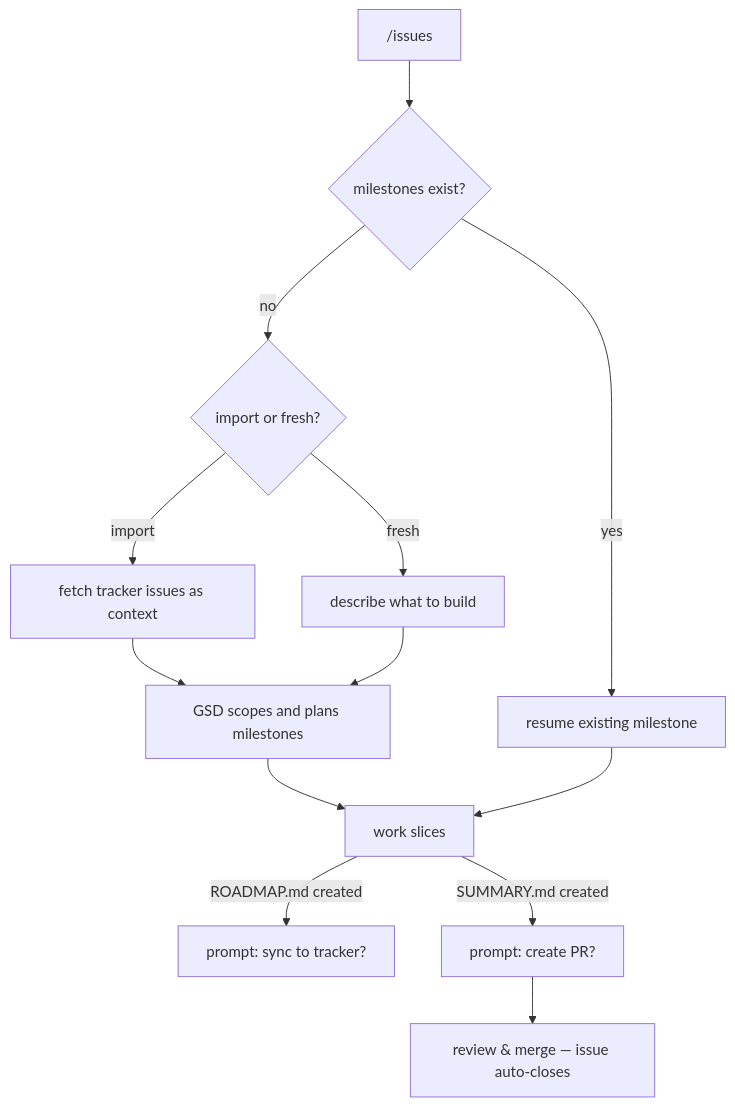
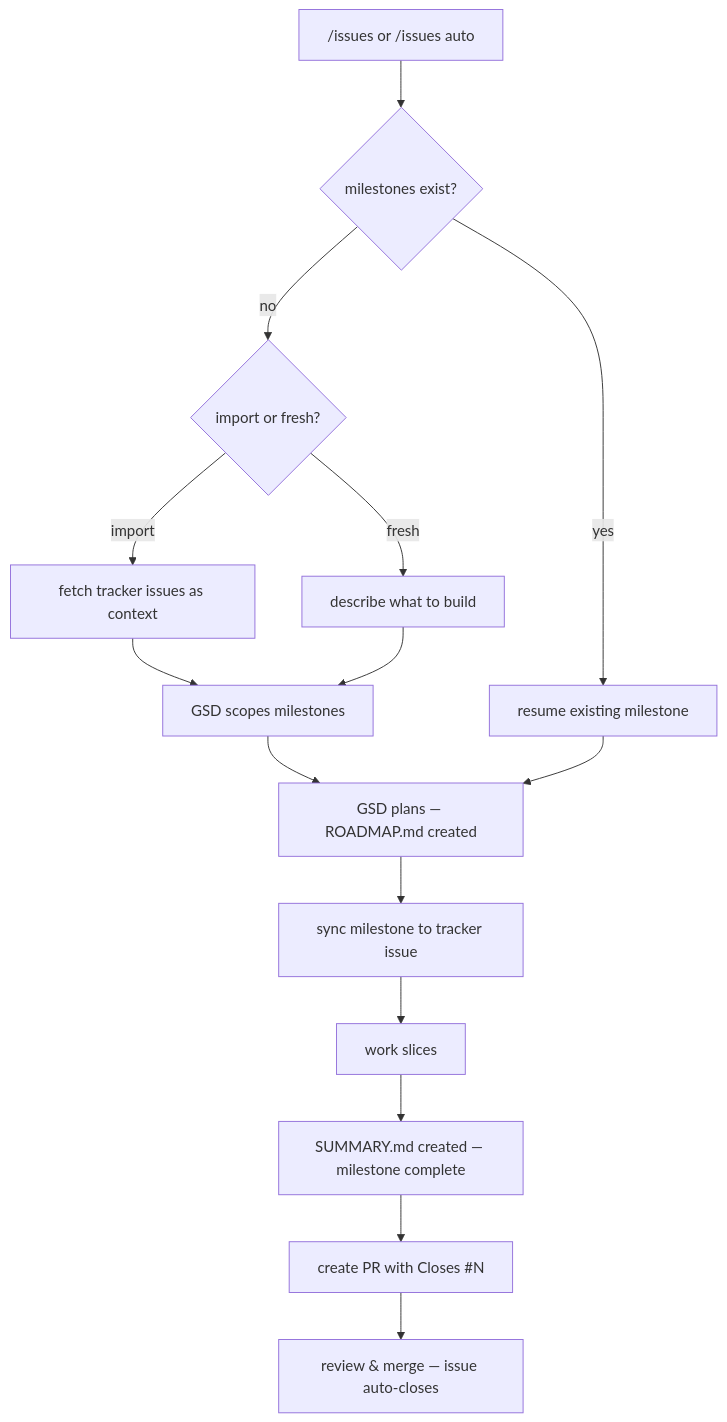
The diagram in README.md (casimp/gsd-issues), drawn with Mermaid before and after one commit. The commit also changed other lines of this file, not shown here.

First line of the commit message:
docs: unify workflow diagrams into single flow

````diff
--- a/README.md
+++ b/README.md
@@ -29,15 +21,17 @@
 ```mermaid
 flowchart TD
-    A["/issues"] --> B{milestones exist?}
+    A["/issues or /issues auto"] --> B{milestones exist?}
     B -- no --> C{import or fresh?}
     C -- import --> D[fetch tracker issues as context]
     C -- fresh --> E[describe what to build]
-    D --> F[GSD scopes and plans milestones]
+    D --> F[GSD scopes milestones]
     E --> F
     B -- yes --> G[resume existing milestone]
-    F --> H[work slices]
+    F --> H[GSD plans — ROADMAP.md created]
     G --> H
-    H -- ROADMAP.md created --> I["prompt: sync to tracker?"]
-    H -- SUMMARY.md created --> J["prompt: create PR?"]
-    J --> K[review & merge — issue auto-closes]
+    H --> I["sync milestone to tracker issue"]
+    I --> J[work slices]
+    J --> K[SUMMARY.md created — milestone complete]
+    K --> L["create PR with Closes #N"]
+    L --> M[review & merge — issue auto-closes]
 ```
````
